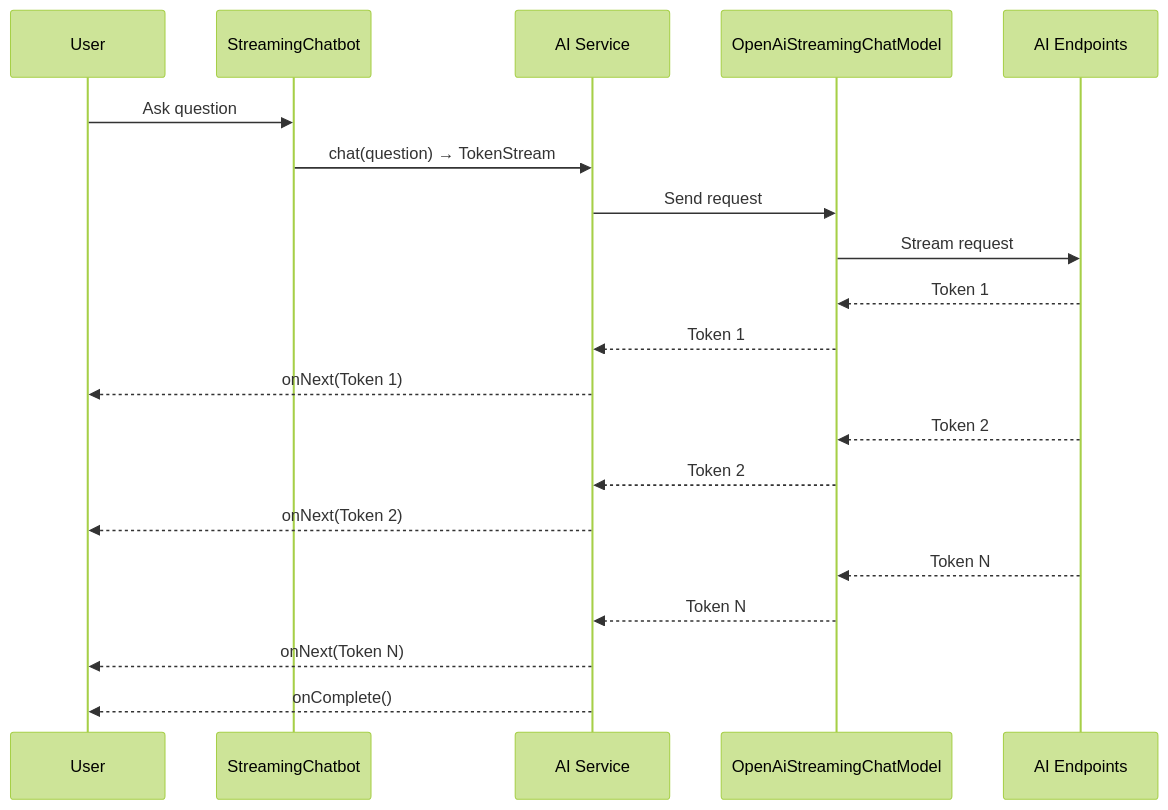
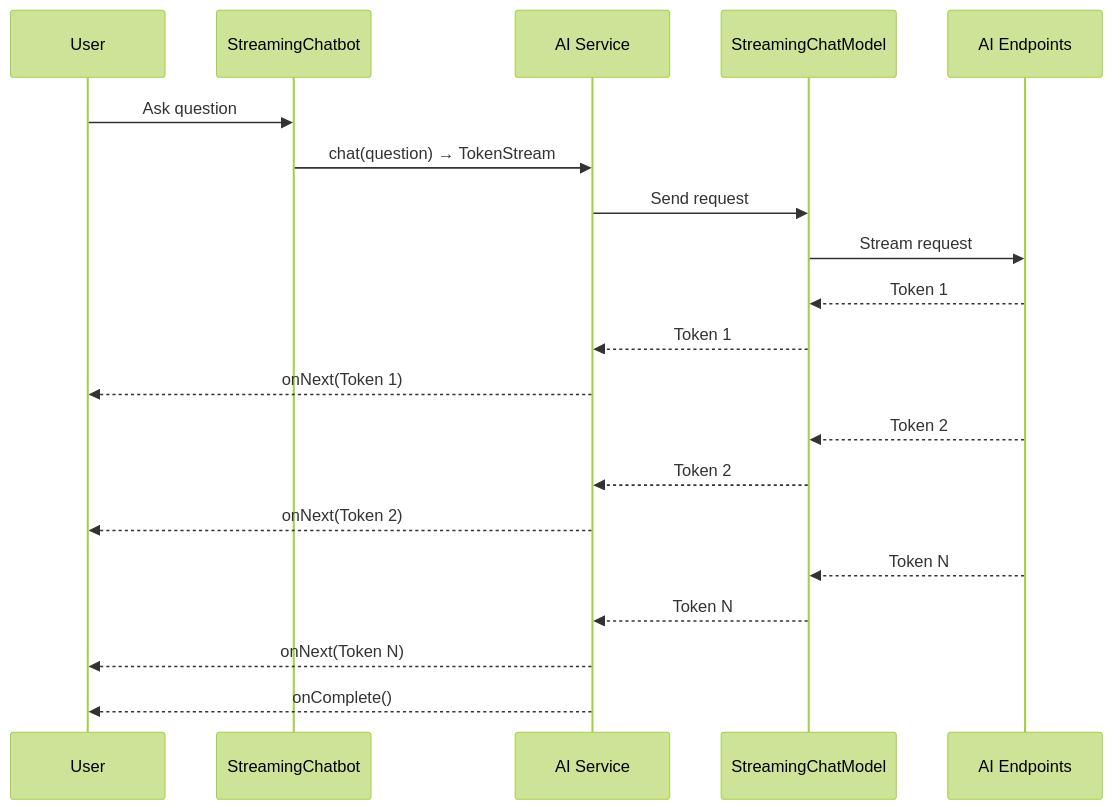
The second of 6 diagrams in workshop/chatbot/java/java-langchain4j/README.md (devrel-workshop/ai-as-lib-workshop), drawn with Mermaid (forest theme) before and after one commit. The commit also changed other lines of this file and 1 other file, not shown here.

````diff
--- a/workshop/chatbot/java/java-langchain4j/README.md
+++ b/workshop/chatbot/java/java-langchain4j/README.md
@@ -172,23 +180,23 @@
 ```mermaid
 sequenceDiagram
     participant User
     participant StreamingChatbot
     participant AI Service
-    participant OpenAiStreamingChatModel
+    participant StreamingChatModel
     participant AI Endpoints
     
     User->>StreamingChatbot: Ask question
     StreamingChatbot->>AI Service: chat(question) → TokenStream
-    AI Service->>OpenAiStreamingChatModel: Send request
-    OpenAiStreamingChatModel->>AI Endpoints: Stream request
-    AI Endpoints-->>OpenAiStreamingChatModel: Token 1
-    OpenAiStreamingChatModel-->>AI Service: Token 1
+    AI Service->>StreamingChatModel: Send request
+    StreamingChatModel->>AI Endpoints: Stream request
+    AI Endpoints-->>StreamingChatModel: Token 1
+    StreamingChatModel-->>AI Service: Token 1
     AI Service-->>User: onNext(Token 1)
-    AI Endpoints-->>OpenAiStreamingChatModel: Token 2
-    OpenAiStreamingChatModel-->>AI Service: Token 2
+    AI Endpoints-->>StreamingChatModel: Token 2
+    StreamingChatModel-->>AI Service: Token 2
     AI Service-->>User: onNext(Token 2)
-    AI Endpoints-->>OpenAiStreamingChatModel: Token N
-    OpenAiStreamingChatModel-->>AI Service: Token N
+    AI Endpoints-->>StreamingChatModel: Token N
+    StreamingChatModel-->>AI Service: Token N
     AI Service-->>User: onNext(Token N)
     AI Service-->>User: onComplete()
 ```
````
